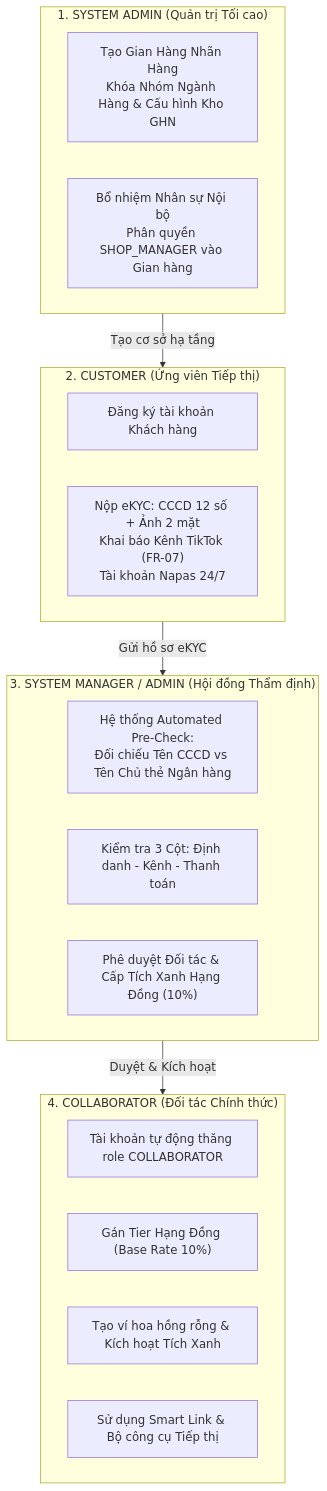
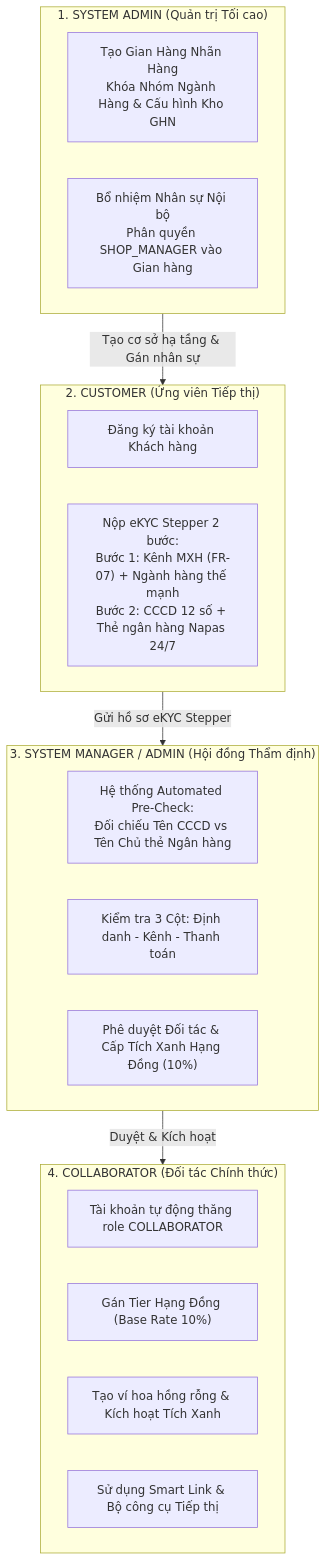
Before and after one commit to thang-nt25/SCANMS-project-capstone-fall26: the first of 2 diagrams in docs/FLOW_1_LIVE_TEST_REPORT.md, drawn with Mermaid. The commit also changed other lines of this file and 1 other file, not shown here.

Commit message:
docs(testing): hoan thien huong dan kiem thu live chi tiet tung buoc va phan tich chuyen sau flow 1 va flow 2

````diff
--- a/docs/FLOW_1_LIVE_TEST_REPORT.md
+++ b/docs/FLOW_1_LIVE_TEST_REPORT.md
@@ -45,29 +45,29 @@
 ```mermaid
 flowchart TD
     subgraph ADMIN["1. SYSTEM ADMIN (Quản trị Tối cao)"]
         A1["Tạo Gian Hàng Nhãn Hàng<br/>Khóa Nhóm Ngành Hàng & Cấu hình Kho GHN"]
         A2["Bổ nhiệm Nhân sự Nội bộ<br/>Phân quyền SHOP_MANAGER vào Gian hàng"]
     end
 
     subgraph CANDIDATE["2. CUSTOMER (Ứng viên Tiếp thị)"]
         C1["Đăng ký tài khoản Khách hàng"]
-        C2["Nộp eKYC: CCCD 12 số + Ảnh 2 mặt<br/>Khai báo Kênh TikTok (FR-07)<br/>Tài khoản Napas 24/7"]
+        C2["Nộp eKYC Stepper 2 bước:<br/>Bước 1: Kênh MXH (FR-07) + Ngành hàng thế mạnh<br/>Bước 2: CCCD 12 số + Thẻ ngân hàng Napas 24/7"]
     end
 
     subgraph OPERATOR["3. SYSTEM MANAGER / ADMIN (Hội đồng Thẩm định)"]
         O1["Hệ thống Automated Pre-Check:<br/>Đối chiếu Tên CCCD vs Tên Chủ thẻ Ngân hàng"]
         O2["Kiểm tra 3 Cột: Định danh - Kênh - Thanh toán"]
         O3["Phê duyệt Đối tác & Cấp Tích Xanh Hạng Đồng (10%)"]
     end
 
     subgraph CREATOR["4. COLLABORATOR (Đối tác Chính thức)"]
         K1["Tài khoản tự động thăng role COLLABORATOR"]
         K2["Gán Tier Hạng Đồng (Base Rate 10%)"]
         K3["Tạo ví hoa hồng rỗng & Kích hoạt Tích Xanh"]
         K4["Sử dụng Smart Link & Bộ công cụ Tiếp thị"]
     end
 
-    ADMIN -->|Tạo cơ sở hạ tầng| CANDIDATE
-    CANDIDATE -->|Gửi hồ sơ eKYC| OPERATOR
+    ADMIN -->|Tạo cơ sở hạ tầng & Gán nhân sự| CANDIDATE
+    CANDIDATE -->|Gửi hồ sơ eKYC Stepper| OPERATOR
     OPERATOR -->|Duyệt & Kích hoạt| CREATOR
 ```
````
